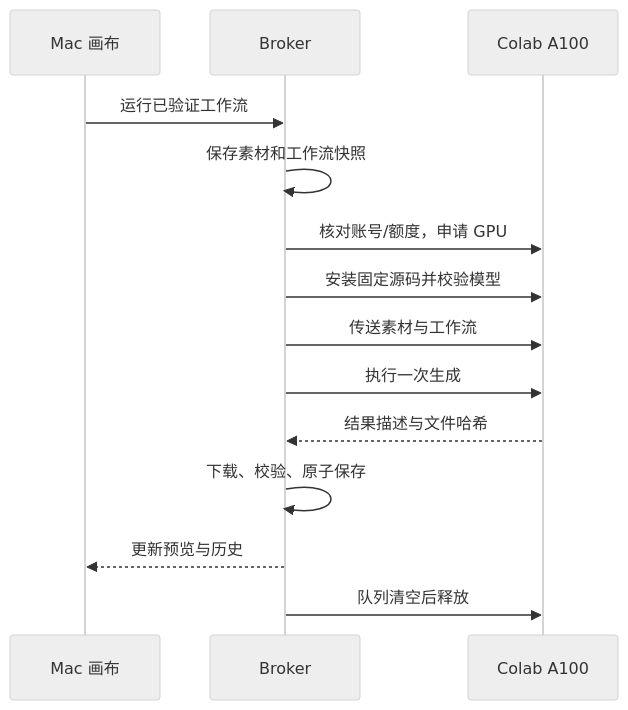
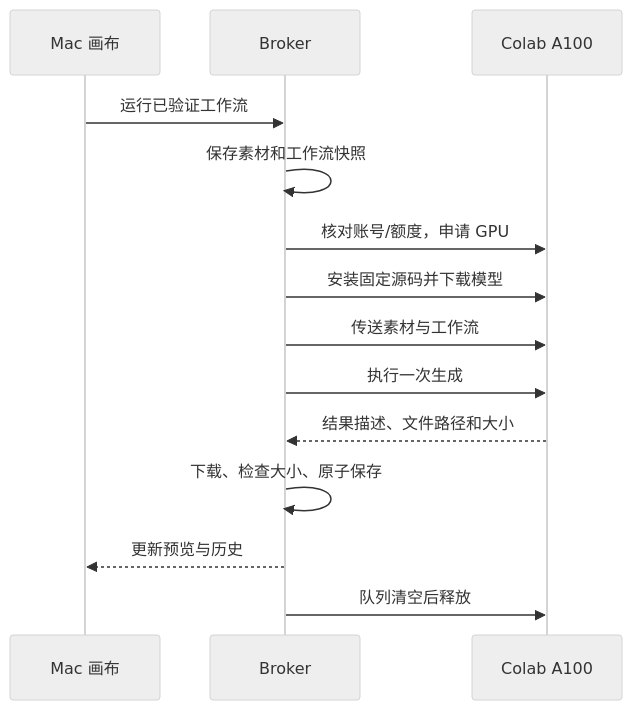
One commit to ytq9/h3-colab-workbench changed the diagram in docs/architecture.md. Above: the diagram before and after it, drawn with Mermaid (neutral theme). The commit also changed other lines of this file and 17 other files, not shown here.

````diff
--- a/docs/architecture.md
+++ b/docs/architecture.md
@@ -18,16 +18,16 @@
 ```mermaid
 sequenceDiagram
     participant U as Mac 画布
     participant B as Broker
     participant C as Colab A100
     U->>B: 运行已验证工作流
     B->>B: 保存素材和工作流快照
     B->>C: 核对账号/额度，申请 GPU
-    B->>C: 安装固定源码并校验模型
+    B->>C: 安装固定源码并下载模型
     B->>C: 传送素材与工作流
     B->>C: 执行一次生成
-    C-->>B: 结果描述与文件哈希
-    B->>B: 下载、校验、原子保存
+    C-->>B: 结果描述、文件路径和大小
+    B->>B: 下载、检查大小、原子保存
     B-->>U: 更新预览与历史
     B->>C: 队列清空后释放
 ```
````
